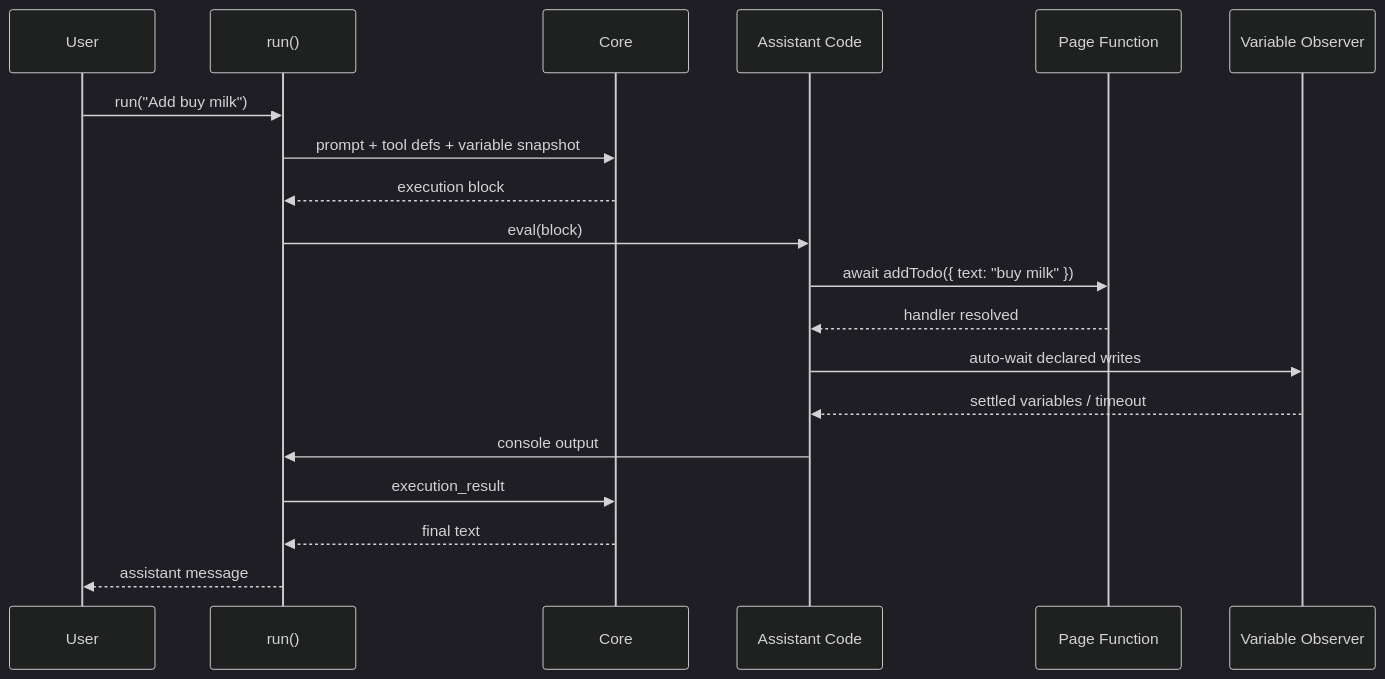
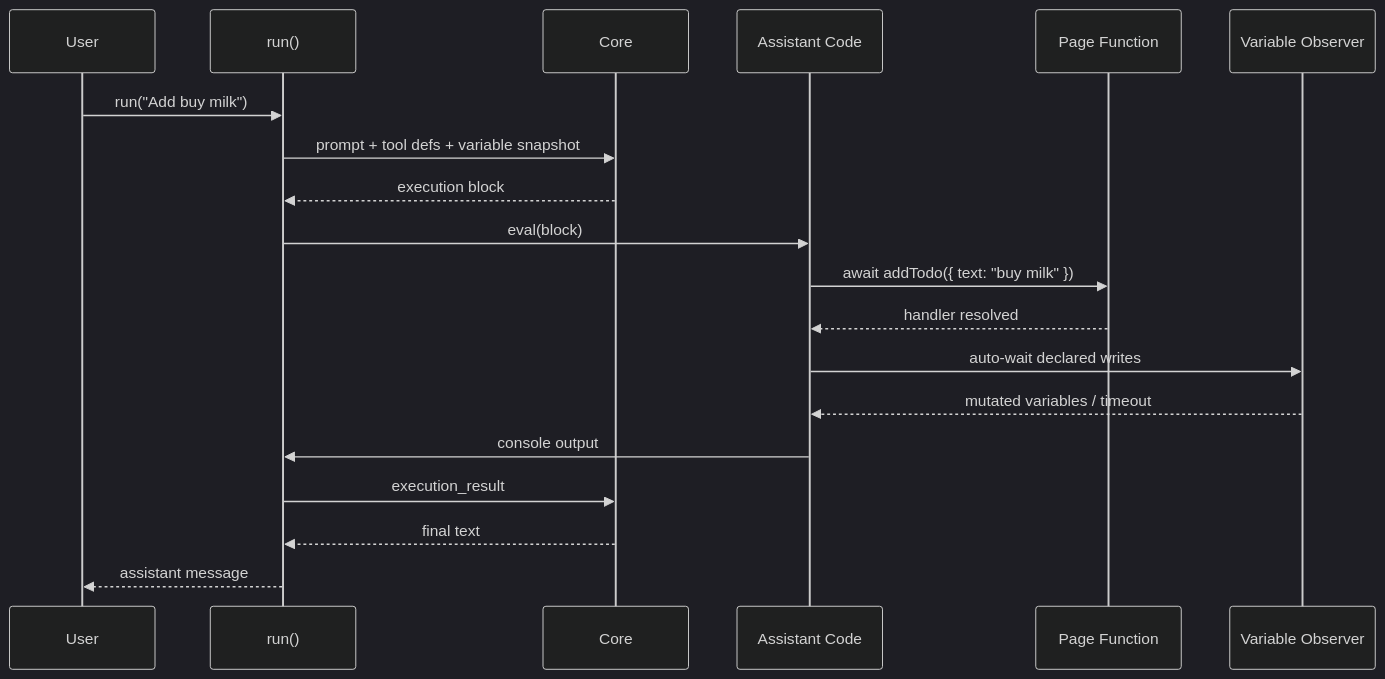
One commit to page-use-people/page-use changed the first of 2 diagrams in apps/client/README.md. Above: the diagram before and after it, drawn with Mermaid (dark theme). The commit also changed other lines of this file and 5 other files, not shown here.

````diff
--- a/apps/client/README.md
+++ b/apps/client/README.md
@@ -116,22 +121,22 @@
 ```mermaid
 sequenceDiagram
     participant User
     participant Client as run()
     participant Core
     participant Code as Assistant Code
     participant Func as Page Function
     participant Vars as Variable Observer
 
     User->>Client: run("Add buy milk")
     Client->>Core: prompt + tool defs + variable snapshot
     Core-->>Client: execution block
     Client->>Code: eval(block)
     Code->>Func: await addTodo({ text: "buy milk" })
     Func-->>Code: handler resolved
     Code->>Vars: auto-wait declared writes
-    Vars-->>Code: settled variables / timeout
+    Vars-->>Code: mutated variables / timeout
     Code->>Client: console output
     Client->>Core: execution_result
     Core-->>Client: final text
     Client-->>User: assistant message
 ```
````
